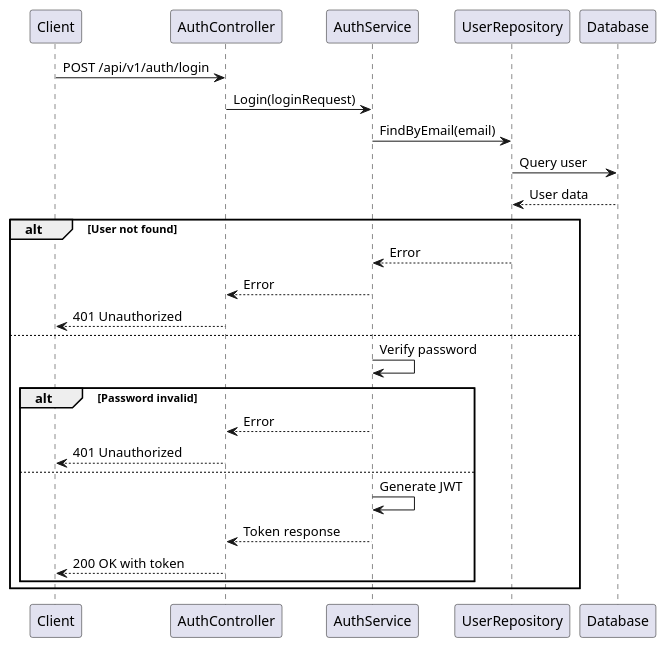
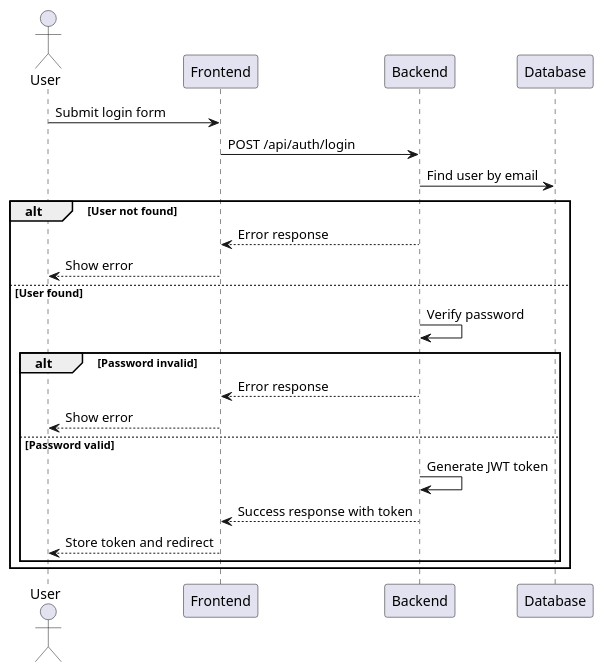
One commit to YukLomba/BE-YukLomba changed the diagram in docs/sequence_diagrams/login.puml. Above: the diagram before and after it, drawn with PlantUML. The commit also changed 15 other files, not shown here.

Commit message:
add diagram

```diff
--- a/docs/sequence_diagrams/login.puml
+++ b/docs/sequence_diagrams/login.puml
@@ -1,29 +1,24 @@
-@startuml
-participant Client
-participant AuthController
-participant AuthService
-participant UserRepository
+@startuml Login Sequence
+actor User
+participant Frontend
+participant Backend
 participant Database
 
-Client -> AuthController: POST /api/v1/auth/login
-AuthController -> AuthService: Login(loginRequest)
-AuthService -> UserRepository: FindByEmail(email)
-UserRepository -> Database: Query user
-Database --> UserRepository: User data
-
+User -> Frontend: Submit login form
+Frontend -> Backend: POST /api/auth/login
+Backend -> Database: Find user by email
 alt User not found
-  UserRepository --> AuthService: Error
-  AuthService --> AuthController: Error
-  AuthController --> Client: 401 Unauthorized
-else
-  AuthService -> AuthService: Verify password
-  alt Password invalid
-    AuthService --> AuthController: Error
-    AuthController --> Client: 401 Unauthorized
-  else
-    AuthService -> AuthService: Generate JWT
-    AuthService --> AuthController: Token response
-    AuthController --> Client: 200 OK with token
-  end
+    Backend --> Frontend: Error response
+    Frontend --> User: Show error
+else User found
+    Backend -> Backend: Verify password
+    alt Password invalid
+        Backend --> Frontend: Error response
+        Frontend --> User: Show error
+    else Password valid
+        Backend -> Backend: Generate JWT token
+        Backend --> Frontend: Success response with token
+        Frontend --> User: Store token and redirect
+    end
 end
 @enduml
```
